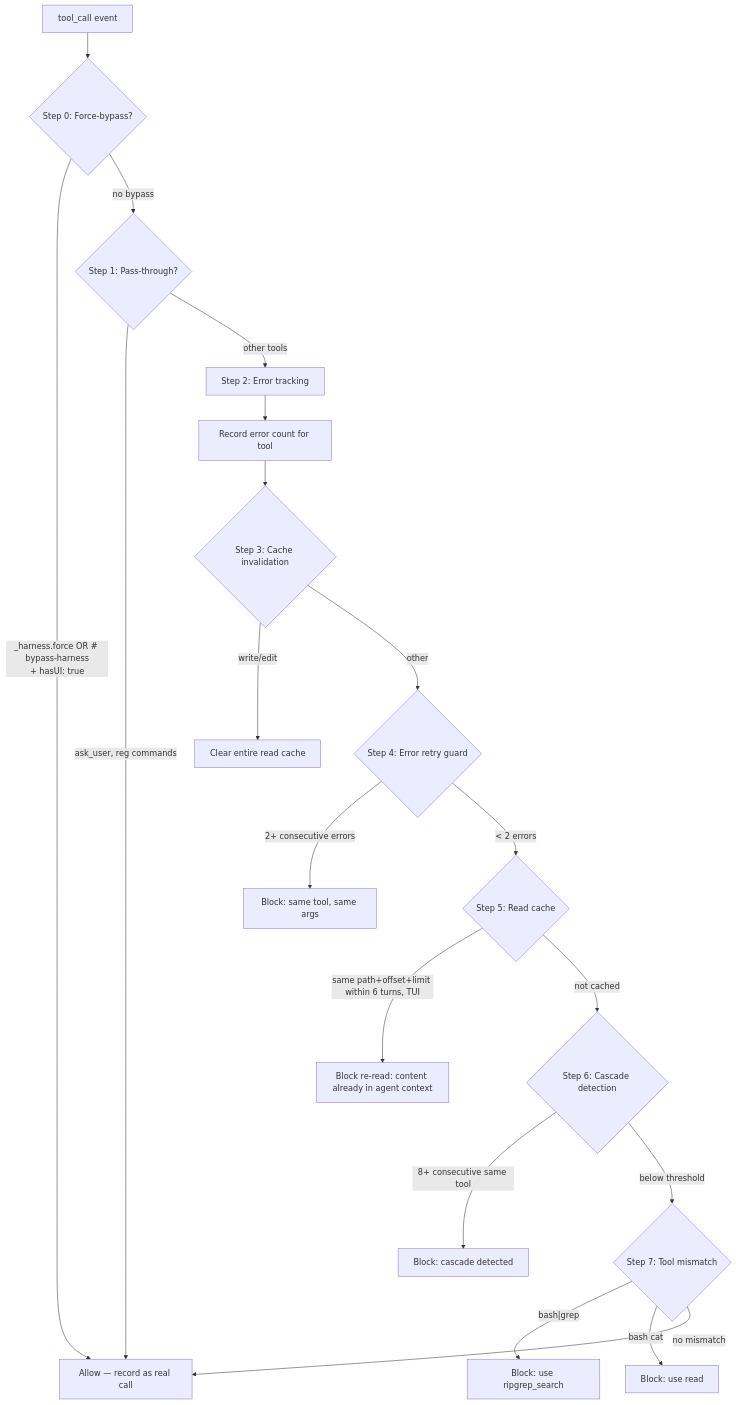
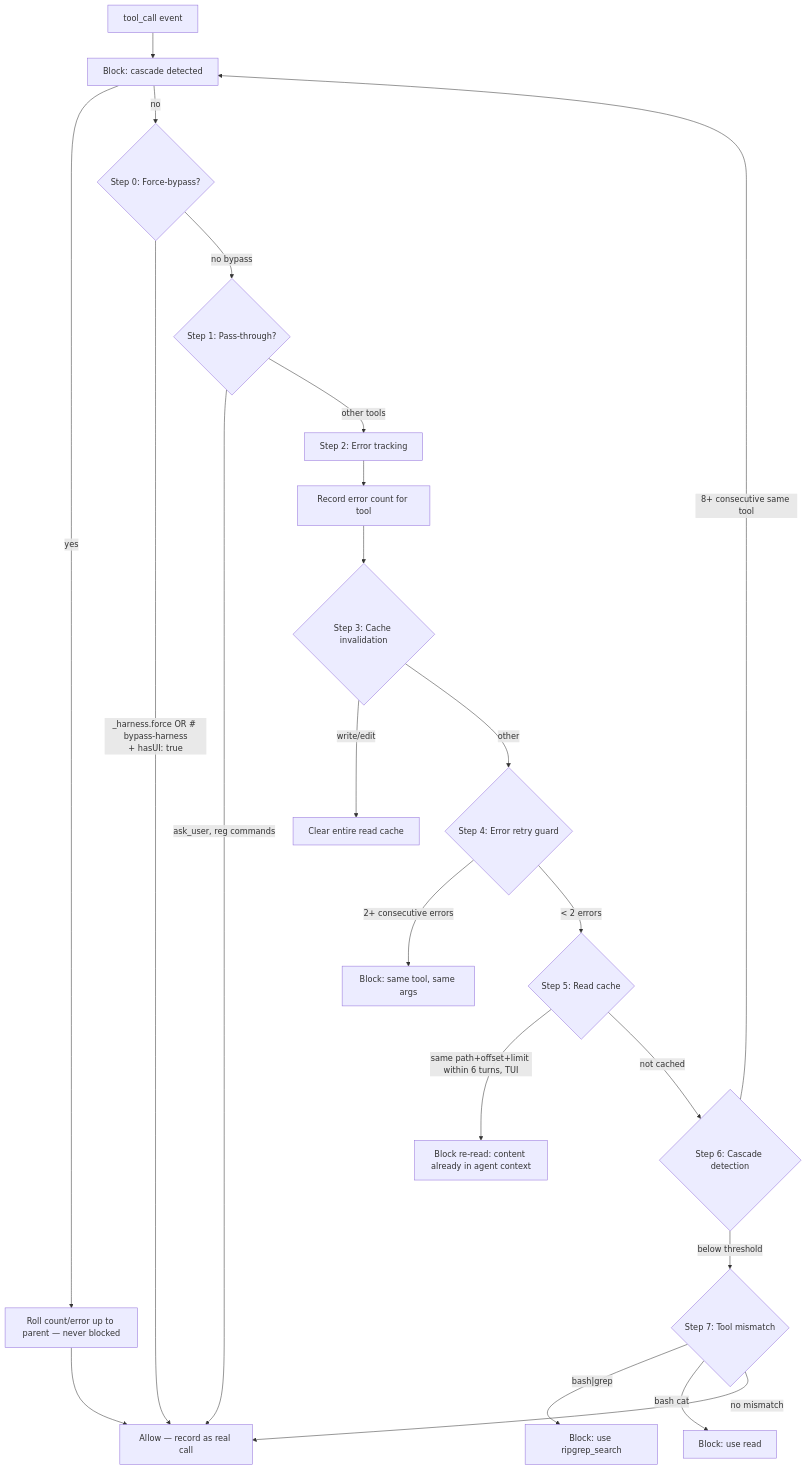
Before and after one commit to SchneiderDaniel/cheasee-pi: the diagram in .pi/extensions/agent-harness/README.md, drawn with Mermaid. The commit also changed other lines of this file and 12 other files, not shown here.

````diff
--- a/.pi/extensions/agent-harness/README.md
+++ b/.pi/extensions/agent-harness/README.md
@@ -66,21 +69,25 @@
 ```mermaid
 flowchart TD
-    A[tool_call event] --> B{Step 0: Force-bypass?}
+    A[tool_call event] --> N{Step 0.5: Nested call?
+parentToolCallId set}
+    N -- yes --> N2[Roll count/error up to parent — never blocked]
+    N2 --> C
+    N -- no --> B{Step 0: Force-bypass?}
     B -- "_harness.force OR # bypass-harness\n+ hasUI: true" --> C[Allow — record as real call]
     B -- no bypass --> D{Step 1: Pass-through?}
     D -- ask_user, reg commands --> C
     D -- other tools --> E[Step 2: Error tracking]
     E --> F[Record error count for tool]
     F --> G{Step 3: Cache invalidation}
     G -- write/edit --> H[Clear entire read cache]
     G -- other --> I{Step 4: Error retry guard}
     I -- 2+ consecutive errors --> J[Block: same tool, same args]
     I -- < 2 errors --> K{Step 5: Read cache}
     K -- same path+offset+limit within 6 turns, TUI --> L[Block re-read: content already in agent context]
     K -- not cached --> M{Step 6: Cascade detection}
     M -- 8+ consecutive same tool --> N[Block: cascade detected]
     M -- below threshold --> O{Step 7: Tool mismatch}
     O -- bash|grep --> P[Block: use ripgrep_search]
     O -- bash cat --> Q[Block: use read]
     O -- no mismatch --> C
 ```
````
